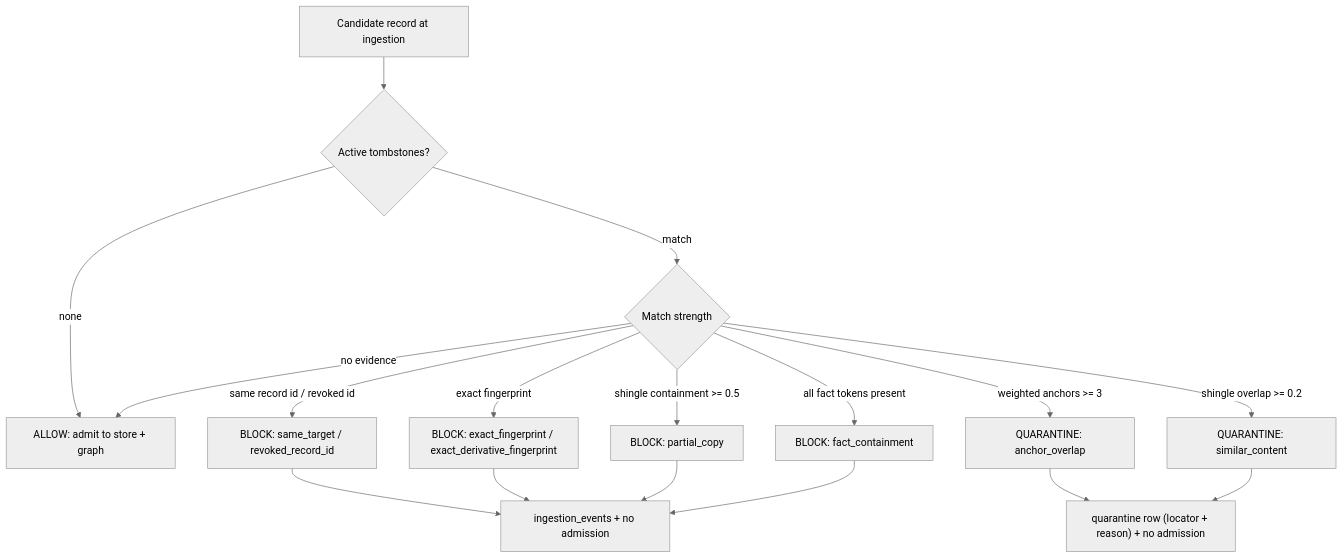
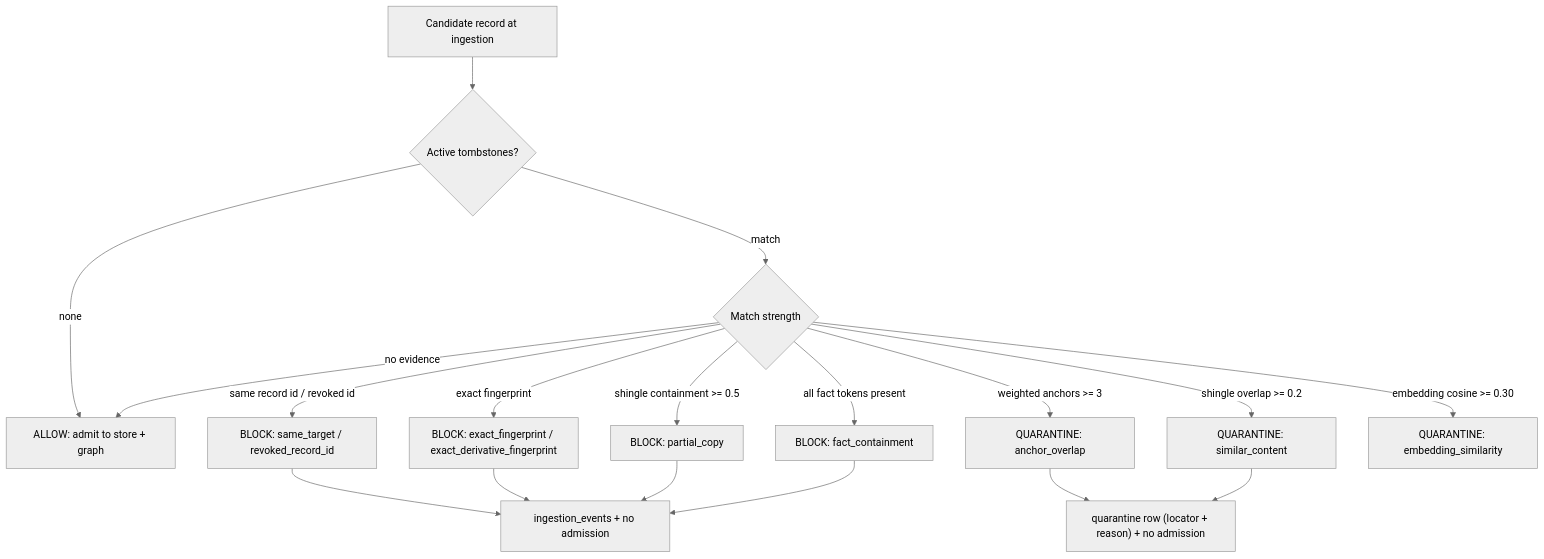
One commit to khasim007q/Redacto changed the fourth of 5 diagrams in docs/architecture.md. Above: the diagram before and after it, drawn with Mermaid (neutral theme). The commit also changed other lines of this file and 23 other files, not shown here.

````diff
--- a/docs/architecture.md
+++ b/docs/architecture.md
@@ -219,19 +223,20 @@
 ```mermaid
 flowchart TD
     R["Candidate record at ingestion"] --> G{"Active tombstones?"}
     G -- none --> A["ALLOW: admit to store + graph"]
     G -- match --> M{"Match strength"}
     M -- "same record id / revoked id" --> B["BLOCK: same_target / revoked_record_id"]
     M -- "exact fingerprint" --> B2["BLOCK: exact_fingerprint / exact_derivative_fingerprint"]
     M -- "shingle containment >= 0.5" --> B3["BLOCK: partial_copy"]
     M -- "all fact tokens present" --> B4["BLOCK: fact_containment"]
     M -- "weighted anchors >= 3" --> Q["QUARANTINE: anchor_overlap"]
     M -- "shingle overlap >= 0.2" --> Q2["QUARANTINE: similar_content"]
+    M -- "embedding cosine >= 0.30" --> Q3["QUARANTINE: embedding_similarity"]
     M -- "no evidence" --> A
     B --> L["ingestion_events + no admission"]
     B2 --> L
     B3 --> L
     B4 --> L
     Q --> QR["quarantine row (locator + reason) + no admission"]
     Q2 --> QR
 ```
````
